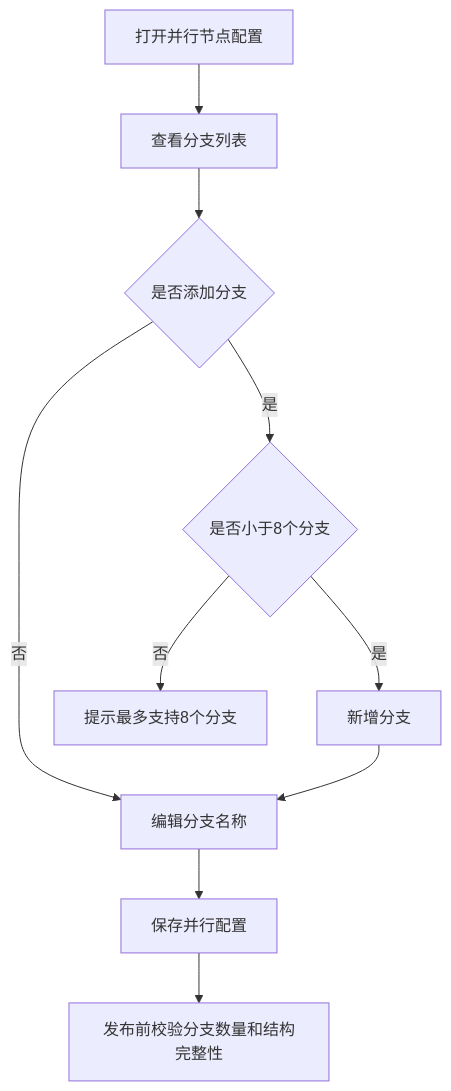
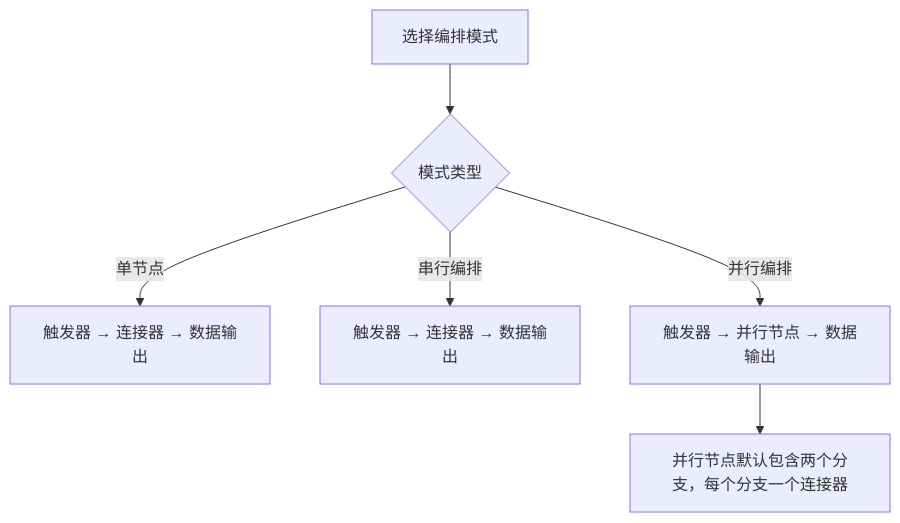
Before and after one commit to THZSummer/open-app: the sixth of 11 diagrams in front/doc/2026年6月文档/连接流配置需求设计说明书.md, drawn with Mermaid. The commit also changed other lines of this file, not shown here.

````diff
--- a/front/doc/2026年6月文档/连接流配置需求设计说明书.md
+++ b/front/doc/2026年6月文档/连接流配置需求设计说明书.md
@@ -376,12 +365,8 @@
 ```mermaid
-flowchart TD
-  OpenParallel[打开并行节点配置] --> ViewBranches[查看分支列表]
-  ViewBranches --> AddBranch{是否添加分支}
-  AddBranch -->|是| CheckLimit{是否小于8个分支}
-  CheckLimit -->|是| CreateBranch[新增分支]
-  CheckLimit -->|否| ShowLimit[提示最多支持8个分支]
-  AddBranch -->|否| EditBranch[编辑分支名称]
-  CreateBranch --> EditBranch
-  EditBranch --> SaveParallel[保存并行配置]
-  SaveParallel --> PublishValidate[发布前校验分支数量和结构完整性]
+flowchart TB
+  SelectMode[选择编排模式] --> Mode{模式类型}
+  Mode -->|单节点| Single[触发器 → 连接器 → 数据输出]
+  Mode -->|串行编排| Serial[触发器 → 连接器 → 数据输出]
+  Mode -->|并行编排| Parallel[触发器 → 并行节点 → 数据输出]
+  Parallel --> Branches[并行节点默认包含两个分支，每个分支一个连接器]
 ```
````
